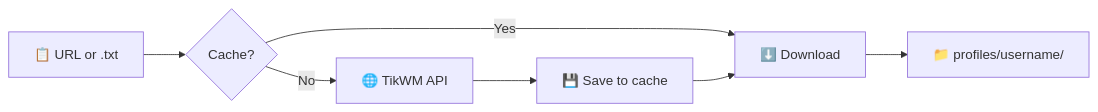
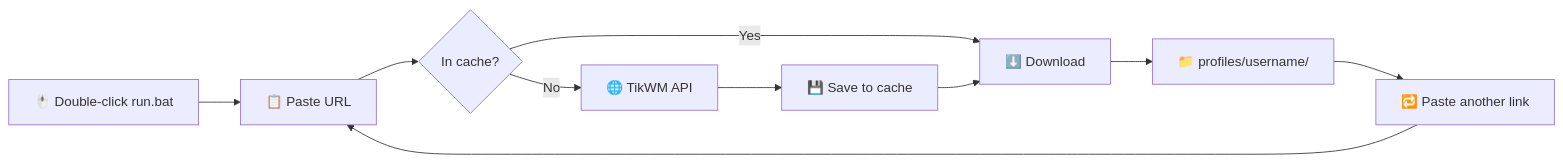
The diagram in README.md (AlexRabbit/Ez-TikTok-Downloader), drawn with Mermaid before and after one commit. The commit also changed other lines of this file and 7 other files, not shown here.

````diff
--- a/README.md
+++ b/README.md
@@ -60,9 +68,12 @@
 ```mermaid
 flowchart LR
-    A[📋 URL or .txt] --> B{Cache?}
-    B -->|Yes| C[⬇️ Download]
-    B -->|No| D[🌐 TikWM API]
-    D --> E[💾 Save to cache]
-    E --> C
-    C --> F[📁 profiles/username/]
+    A["🖱️ Double-click run.bat"] --> B["📋 Paste URL"]
+    B --> C{In cache?}
+    C -->|Yes| D["⬇️ Download"]
+    C -->|No| E["🌐 TikWM API"]
+    E --> F["💾 Save to cache"]
+    F --> D
+    D --> G["📁 profiles/username/"]
+    G --> H["🔁 Paste another link"]
+    H --> B
 ```
````
